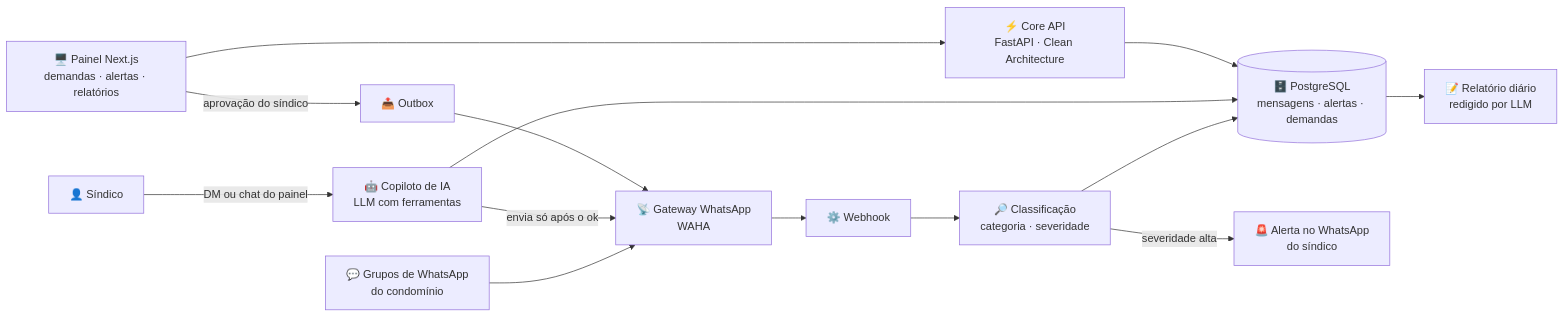
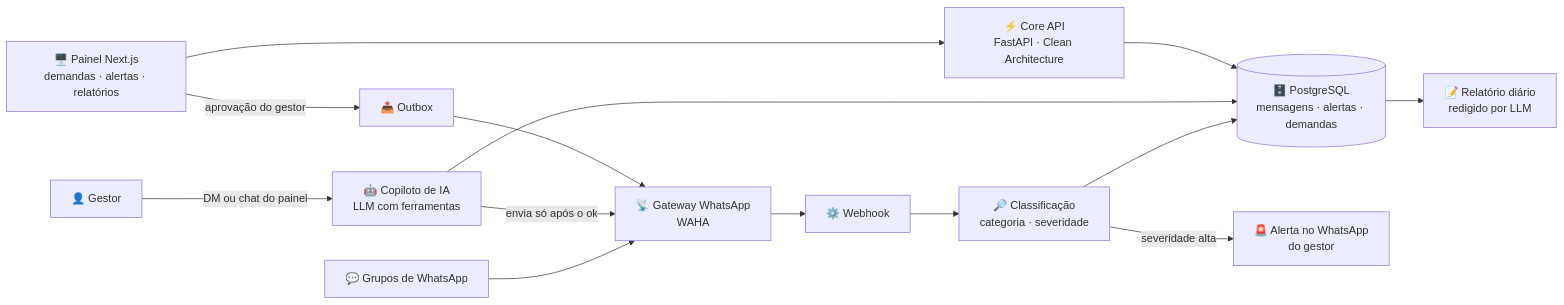
One commit to zezinDomingues/zezinDomingues changed the third of 3 diagrams in README.md. Above: the diagram before and after it, drawn with Mermaid. The commit also changed other lines of this file, not shown here.

Commit message:
Arquitetura: gestão via WhatsApp, sem termos de condomínio

````diff
--- a/README.md
+++ b/README.md
@@ -190,16 +190,16 @@
 ```mermaid
 flowchart LR
-    A["💬 Grupos de WhatsApp<br/>do condomínio"] --> B["📡 Gateway WhatsApp<br/>WAHA"]
+    A["💬 Grupos de WhatsApp"] --> B["📡 Gateway WhatsApp<br/>WAHA"]
     B --> C["⚙️ Webhook"]
     C --> D["🔎 Classificação<br/>categoria · severidade"]
     D --> E[("🗄️ PostgreSQL<br/>mensagens · alertas · demandas")]
-    D -- "severidade alta" --> F["🚨 Alerta no WhatsApp<br/>do síndico"]
+    D -- "severidade alta" --> F["🚨 Alerta no WhatsApp<br/>do gestor"]
     E --> G["📝 Relatório diário<br/>redigido por LLM"]
-    H["👤 Síndico"] -- "DM ou chat do painel" --> I["🤖 Copiloto de IA<br/>LLM com ferramentas"]
+    H["👤 Gestor"] -- "DM ou chat do painel" --> I["🤖 Copiloto de IA<br/>LLM com ferramentas"]
     I --> E
     I -- "envia só após o ok" --> B
     J["🖥️ Painel Next.js<br/>demandas · alertas · relatórios"] --> K["⚡ Core API<br/>FastAPI · Clean Architecture"]
     K --> E
-    J -- "aprovação do síndico" --> L["📤 Outbox"]
+    J -- "aprovação do gestor" --> L["📤 Outbox"]
     L --> B
 ```
````
